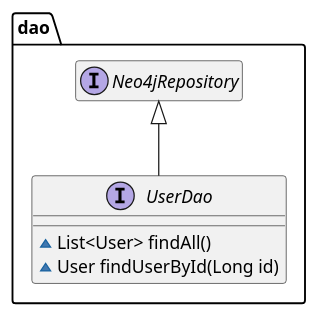
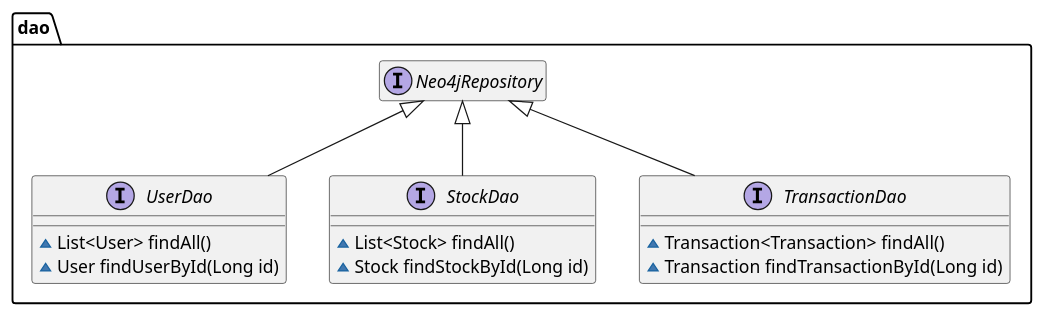
The diagram in backend/diagram/class/DaoPackage.puml (DPigeon/Money-Tree), drawn with PlantUML before and after one commit. The commit also changed 4 other files, not shown here.

```diff
--- a/backend/diagram/class/DaoPackage.puml
+++ b/backend/diagram/class/DaoPackage.puml
@@ -1,12 +1,23 @@
 @startuml
 
 package dao {
     interface UserDao extends Neo4jRepository {
         ~List<User> findAll()
         ~User findUserById(Long id)
     }
     hide Neo4jRepository methods
     hide Neo4jRepository fields
+
+    interface StockDao extends Neo4jRepository {
+        ~List<Stock> findAll()
+        ~Stock findStockById(Long id)
+    }
+
+    interface TransactionDao extends Neo4jRepository {
+        ~Transaction<Transaction> findAll()
+        ~Transaction findTransactionById(Long id)
+    }
+
 }
 
 @enduml
```
